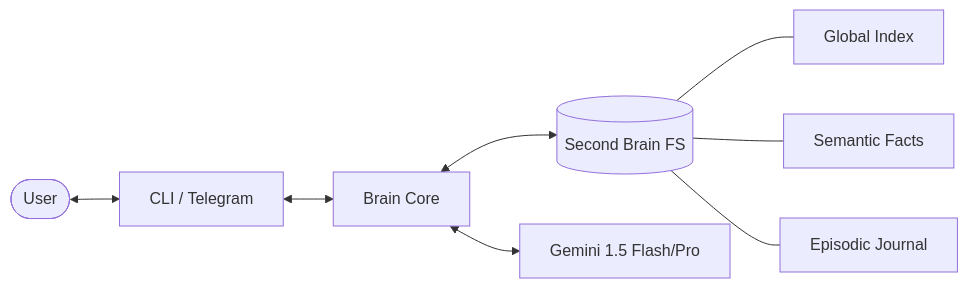
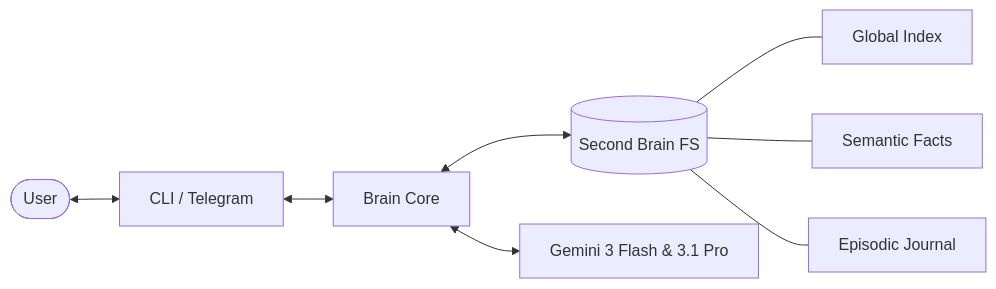
The diagram in README.md (gauthierstrich/openbrain), drawn with Mermaid before and after one commit. The commit also changed other lines of this file and 2 other files, not shown here.

Commit message:
docs: Update model references to Gemini 3 Flash & 3.1 Pro

````diff
--- a/README.md
+++ b/README.md
@@ -25,10 +25,10 @@
 ```mermaid
 graph LR
     User([User]) <--> UI[CLI / Telegram]
     UI <--> Brain[Brain Core]
     Brain <--> FS[(Second Brain FS)]
-    Brain <--> LLM[Gemini 1.5 Flash/Pro]
+    Brain <--> LLM[Gemini 3 Flash & 3.1 Pro]
     FS --- Index[Global Index]
     FS --- Facts[Semantic Facts]
     FS --- Logs[Episodic Journal]
 ```
````
